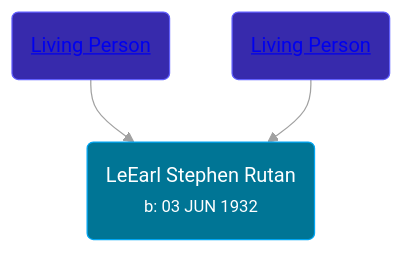
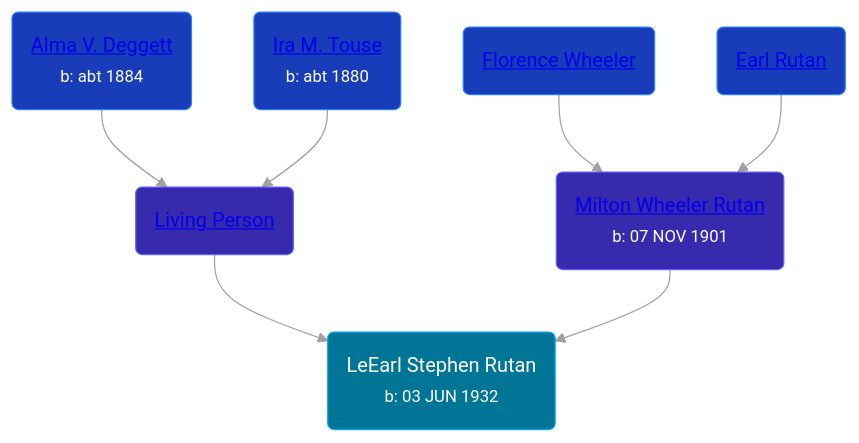
Before and after one commit to wpmgotkh/wpmgotkh.github.io: the diagram in pages/people/7/75225835.md, drawn with Mermaid (forest theme). The commit also changed other lines of this file and 19 other files, not shown here.

````diff
--- a/pages/people/7/75225835.md
+++ b/pages/people/7/75225835.md
@@ -11,10 +11,14 @@
 ```mermaid
 graph
 classDef grands fill:#193cb8,stroke:#2b7fff,stroke-width:1px,color:#fff;
 classDef parents fill:#372aac,stroke:#615fff,stroke-width:1px,color:#fff;
 classDef primary fill:#007595,stroke:#00a6f4,stroke-width:1px,color:#fff;
 75225835(LeEarl Stephen Rutan<br /><small>b: 03 JUN 1932</small>):::primary
 61135838(<a class="text-white" href="/people/6/61135838">Living Person</a>):::parents-->75225835
-20825556(<a class="text-white" href="/people/2/20825556">Living Person</a>):::parents-->75225835
+42271632(<a class="text-white" href="/people/4/42271632">Alma V. Deggett</a><br /><small>b: abt 1884</small>):::grands-->61135838
+43588740(<a class="text-white" href="/people/4/43588740">Ira M. Touse</a><br /><small>b: abt 1880</small>):::grands-->61135838
+20825556(<a class="text-white" href="/people/2/20825556">Milton Wheeler Rutan</a><br /><small>b: 07 NOV 1901</small>):::parents-->75225835
+48964520(<a class="text-white" href="/people/4/48964520">Florence Wheeler</a>):::grands-->20825556
+29949376(<a class="text-white" href="/people/2/29949376">Earl Rutan</a>):::grands-->20825556
 linkStyle default stroke:#a1a1a1
 ```
````
